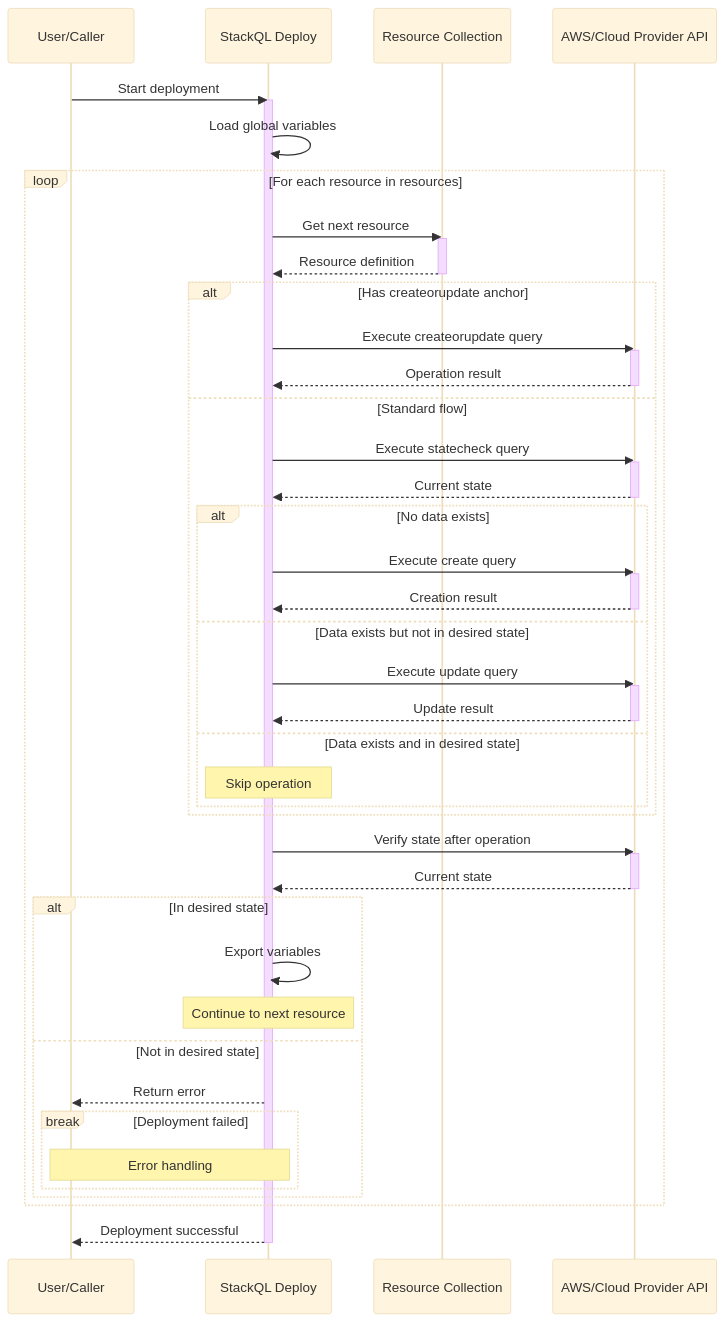
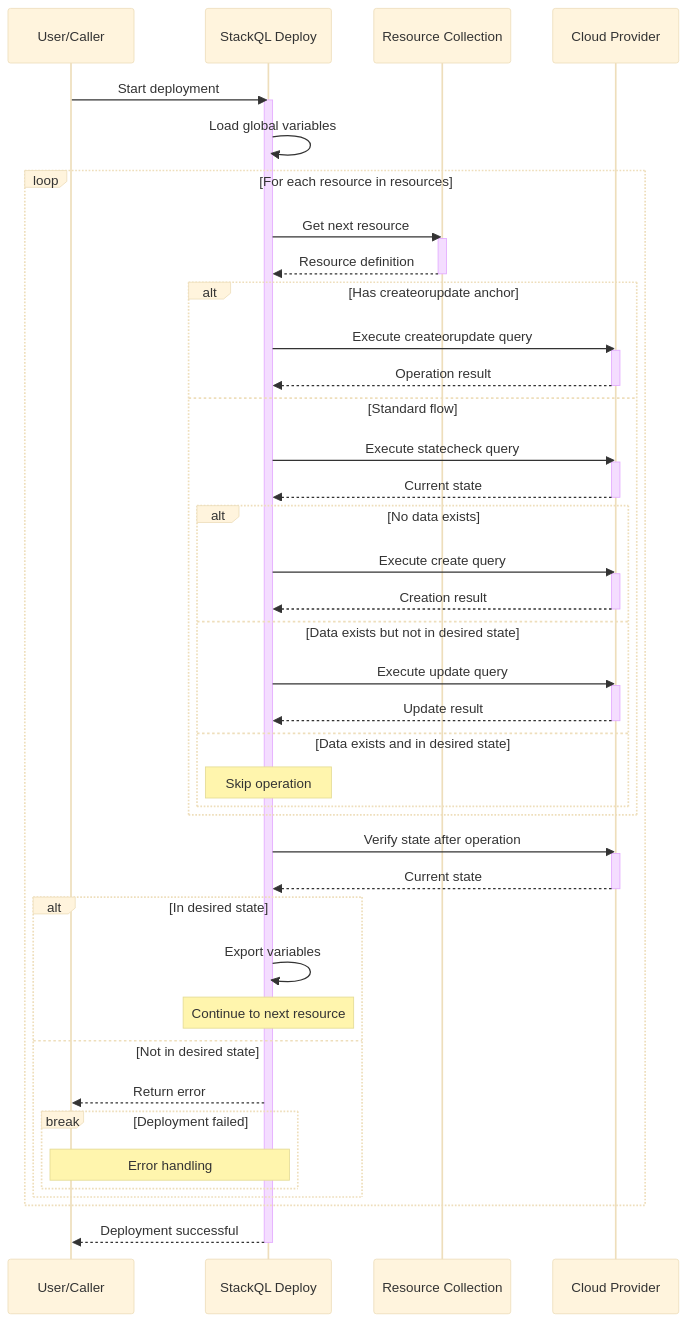
Before and after one commit to stackql-labs/stackql-deploy-rs: the diagram in docs/build.md, drawn with Mermaid (base theme). The commit also changed 99 other files, not shown here.

````diff
--- a/docs/build.md
+++ b/docs/build.md
@@ -1,62 +1,62 @@
 ```mermaid
 sequenceDiagram
     participant User as User/Caller
     participant Deploy as StackQL Deploy
     participant Resources as Resource Collection
-    participant DB as AWS/Cloud Provider API
+    participant DB as Cloud Provider
     
     User->>Deploy: Start deployment
     activate Deploy
     Deploy->>Deploy: Load global variables
     
     loop For each resource in resources
         Deploy->>Resources: Get next resource
         activate Resources
         Resources-->>Deploy: Resource definition
         deactivate Resources
         
         alt Has createorupdate anchor
             Deploy->>DB: Execute createorupdate query
             activate DB
             DB-->>Deploy: Operation result
             deactivate DB
         else Standard flow
             Deploy->>DB: Execute statecheck query
             activate DB
             DB-->>Deploy: Current state
             deactivate DB
             
             alt No data exists
                 Deploy->>DB: Execute create query
                 activate DB
                 DB-->>Deploy: Creation result
                 deactivate DB
             else Data exists but not in desired state
                 Deploy->>DB: Execute update query
                 activate DB
                 DB-->>Deploy: Update result
                 deactivate DB
             else Data exists and in desired state
                 Note over Deploy: Skip operation
             end
         end
         
         Deploy->>DB: Verify state after operation
         activate DB
         DB-->>Deploy: Current state
         deactivate DB
         
         alt In desired state
             Deploy->>Deploy: Export variables
             Note over Deploy: Continue to next resource
         else Not in desired state
             Deploy-->>User: Return error
             break Deployment failed
                 Note over Deploy, User: Error handling
             end
         end
     end
     
     Deploy-->>User: Deployment successful
     deactivate Deploy
 ```    
````
